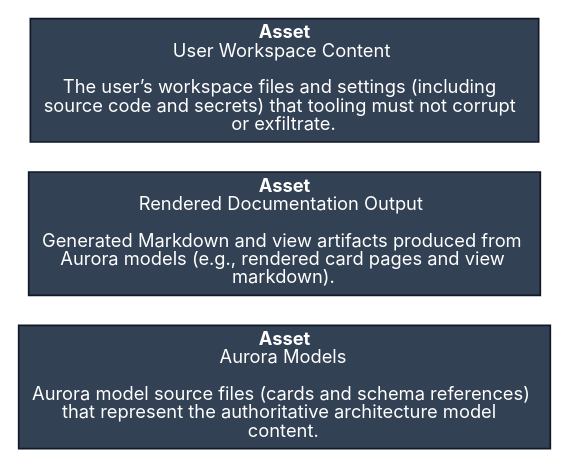
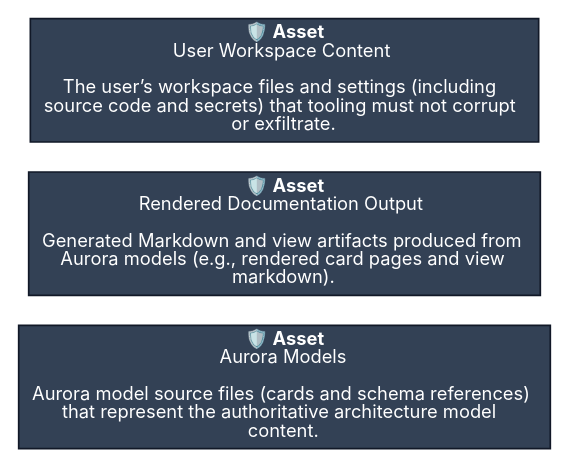
The diagram in docs/design/MIS-001-Provide_Default_Tooling_for_AURORA/Views/source/Lifecycle_State.view.dot (JEleniel/aurora), drawn with Graphviz before and after one commit. The commit also changed 113 other files, not shown here.

```diff
--- a/docs/design/MIS-001-Provide_Default_Tooling_for_AURORA/Views/source/Lifecycle_State.view.dot
+++ b/docs/design/MIS-001-Provide_Default_Tooling_for_AURORA/Views/source/Lifecycle_State.view.dot
@@ -1,8 +1,8 @@
 digraph "Lifecycle/State View for Assets" {
 	graph [bgcolor="#FFFFFF", fontname="Inter", rankdir="LR", splines="spline"];
 	node [color="#111827", fillcolor="#E5E7EB", fontcolor="#111827", fontname="Inter", fontsize="11", shape="box", style="filled"];
 	edge [color="#000000", fontcolor="#000000", fontname="Inter", fontsize="9"];
-	"AST-001" [fillcolor="#334155", fontcolor="#FFFFFF", label=<<FONT><B>Asset</B><br />Aurora Models<br /><br />Aurora model source files (cards and schema references)<br />that represent the authoritative architecture model<br />content.</FONT>>, shape="box"];
-	"AST-002" [fillcolor="#334155", fontcolor="#FFFFFF", label=<<FONT><B>Asset</B><br />Rendered Documentation Output<br /><br />Generated Markdown and view artifacts produced from<br />Aurora models (e.g., rendered card pages and view<br />markdown).</FONT>>, shape="box"];
-	"AST-003" [fillcolor="#334155", fontcolor="#FFFFFF", label=<<FONT><B>Asset</B><br />User Workspace Content<br /><br />The user’s workspace files and settings (including<br />source code and secrets) that tooling must not corrupt<br />or exfiltrate.</FONT>>, shape="box"];
+	"AST-001" [fillcolor="#334155", fontcolor="#FFFFFF", label=<<FONT><B>🛡️ Asset</B><br />Aurora Models<br /><br />Aurora model source files (cards and schema references)<br />that represent the authoritative architecture model<br />content.</FONT>>, shape="box"];
+	"AST-002" [fillcolor="#334155", fontcolor="#FFFFFF", label=<<FONT><B>🛡️ Asset</B><br />Rendered Documentation Output<br /><br />Generated Markdown and view artifacts produced from<br />Aurora models (e.g., rendered card pages and view<br />markdown).</FONT>>, shape="box"];
+	"AST-003" [fillcolor="#334155", fontcolor="#FFFFFF", label=<<FONT><B>🛡️ Asset</B><br />User Workspace Content<br /><br />The user’s workspace files and settings (including<br />source code and secrets) that tooling must not corrupt<br />or exfiltrate.</FONT>>, shape="box"];
 }
```
